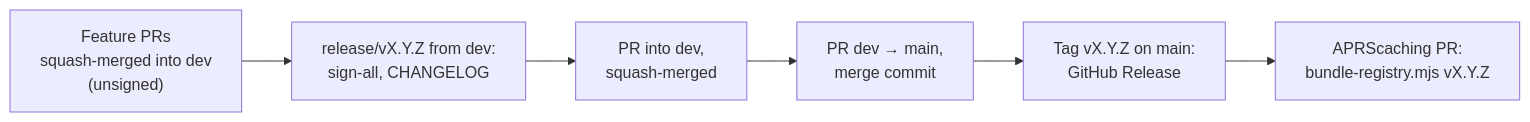
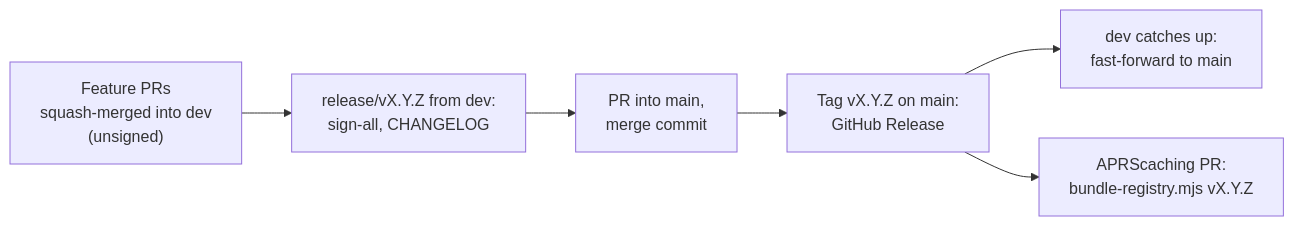
Before and after one commit to apachler/aprscaching-tools: the diagram in docs/project/maintain.md, drawn with Mermaid. The commit also changed other lines of this file and 8 other files, not shown here.

First line of the commit message:
feat(scripts): release into main, then bring dev up to main (#13)

````diff
--- a/docs/project/maintain.md
+++ b/docs/project/maintain.md
@@ -13,8 +17,8 @@
 ```mermaid
 flowchart LR
   F["Feature PRs<br/>squash-merged into dev<br/>(unsigned)"] --> R["release/vX.Y.Z from dev:<br/>sign-all, CHANGELOG"]
-  R --> D["PR into dev,<br/>squash-merged"]
-  D --> M["PR dev → main,<br/>merge commit"]
+  R --> M["PR into main,<br/>merge commit"]
   M --> T["Tag vX.Y.Z on main:<br/>GitHub Release"]
+  T --> D["dev catches up:<br/>fast-forward to main"]
   T --> A["APRScaching PR:<br/>bundle-registry.mjs vX.Y.Z"]
 ```
````
